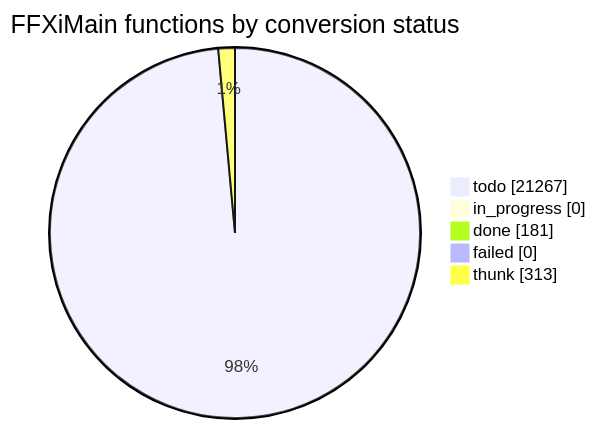
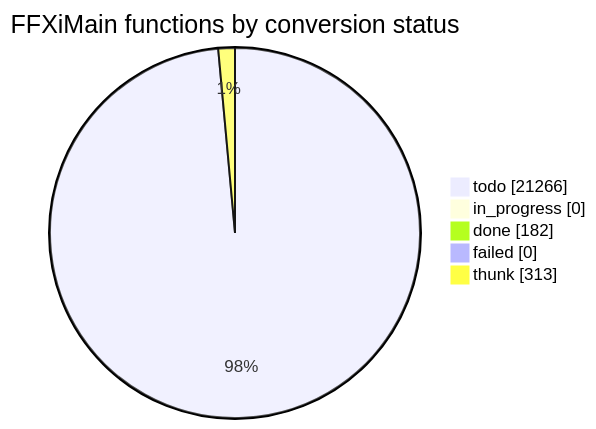
One commit to cowrevenge/cow_kuluu_xi_anything changed the diagram in docs/cow/STATUS.md. Above: the diagram before and after it, drawn with Mermaid. The commit also changed other lines of this file and 9 other files, not shown here.

````diff
--- a/docs/cow/STATUS.md
+++ b/docs/cow/STATUS.md
@@ -18,9 +18,9 @@
 ```mermaid
 pie showData
     title FFXiMain functions by conversion status
-    "todo" : 21267
+    "todo" : 21266
     "in_progress" : 0
-    "done" : 181
+    "done" : 182
     "failed" : 0
     "thunk" : 313
 ```
````
